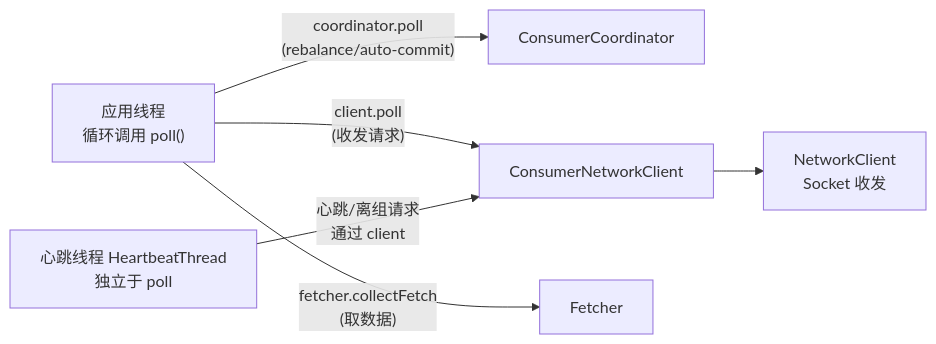
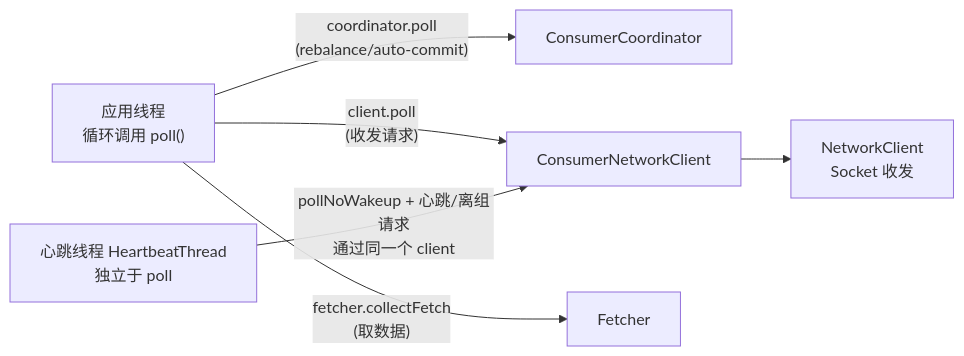
The second of 13 diagrams in clients/src/main/resources/KafkaConsumer消费链路源码解析.md (asprial-moon/kafka), drawn with Mermaid before and after one commit. The commit also changed other lines of this file and 1 other file, not shown here.

````diff
--- a/clients/src/main/resources/KafkaConsumer消费链路源码解析.md
+++ b/clients/src/main/resources/KafkaConsumer消费链路源码解析.md
@@ -108,8 +124,8 @@
 ```mermaid
 flowchart LR
     U["应用线程<br/>循环调用 poll()"] -->|"coordinator.poll<br/>(rebalance/auto-commit)"| C["ConsumerCoordinator"]
     U -->|"client.poll<br/>(收发请求)"| N["ConsumerNetworkClient"]
     U -->|"fetcher.collectFetch<br/>(取数据)"| F["Fetcher"]
-    H["心跳线程 HeartbeatThread<br/>独立于 poll"] -->|"心跳/离组请求<br/>通过 client"| N
+    H["心跳线程 HeartbeatThread<br/>独立于 poll"] -->|"pollNoWakeup + 心跳/离组请求<br/>通过同一个 client"| N
     N --> NTC["NetworkClient<br/>Socket 收发"]
 ```
````
